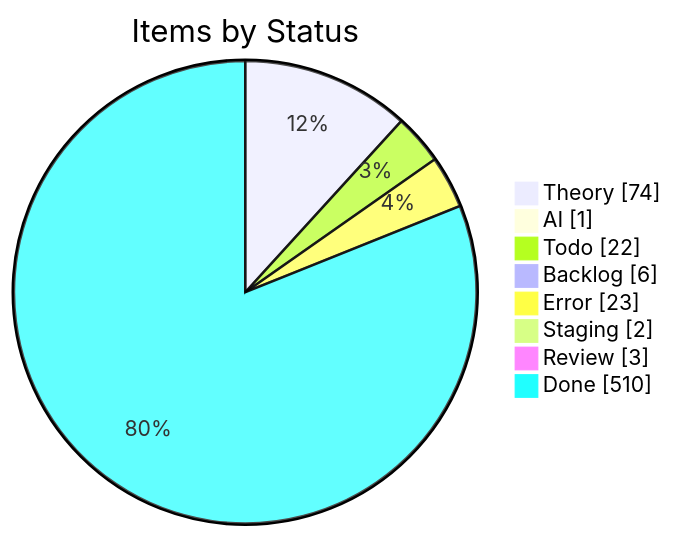
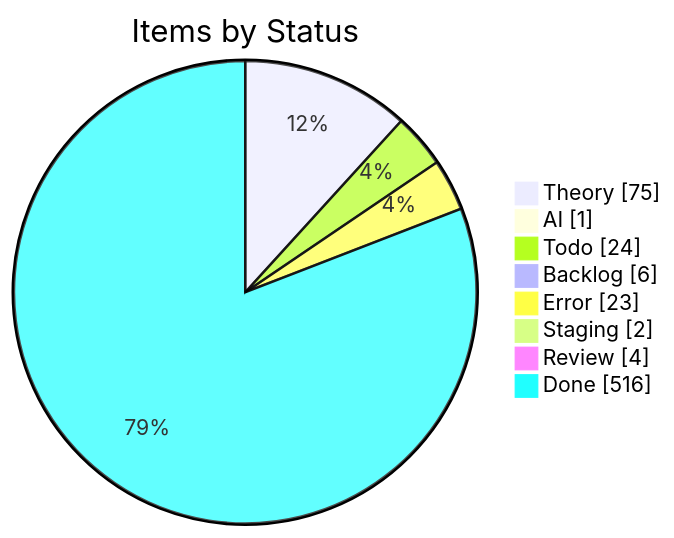
One commit to KBVE/kbve changed the first of 4 diagrams in apps/kbve/astro-kbve/src/content/docs/dashboard/kanban-data.mdx. Above: the diagram before and after it, drawn with Mermaid. The commit also changed other lines of this file and 2 other files, not shown here.

````diff
--- a/apps/kbve/astro-kbve/src/content/docs/dashboard/kanban-data.mdx
+++ b/apps/kbve/astro-kbve/src/content/docs/dashboard/kanban-data.mdx
@@ -189,12 +189,12 @@
 ```mermaid
 pie showData
     title Items by Status
-    "Theory" : 74
+    "Theory" : 75
     "AI" : 1
-    "Todo" : 22
+    "Todo" : 24
     "Backlog" : 6
     "Error" : 23
     "Staging" : 2
-    "Review" : 3
-    "Done" : 510
+    "Review" : 4
+    "Done" : 516
 ```
````
